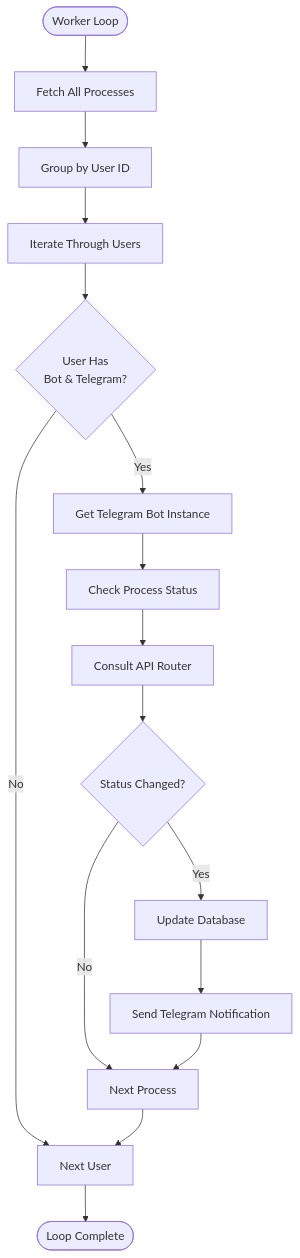
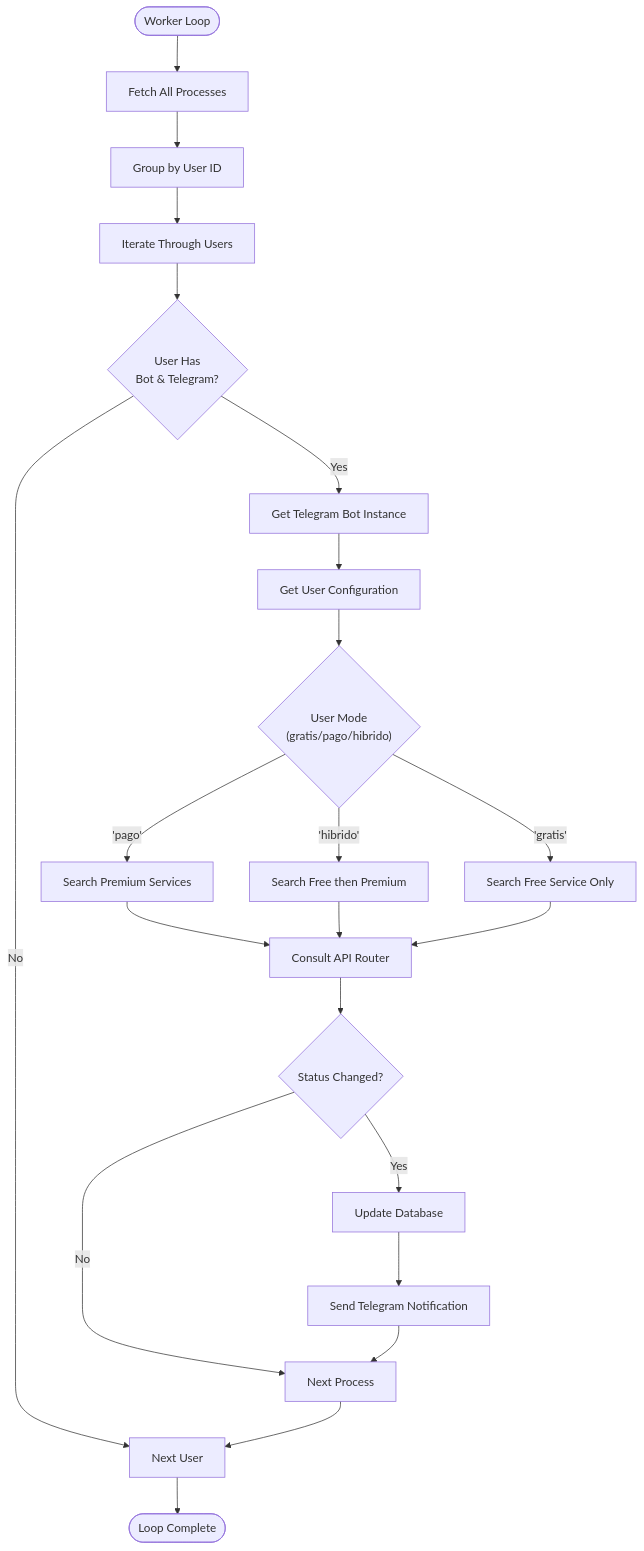
One commit to Alexandrexicara/bot-processos changed the seventh of 13 diagrams in .qoder/repowiki/en/content/API Integration Layer/API Integration Layer.md. Above: the diagram before and after it, drawn with Mermaid. The commit also changed other lines of this file and 10 other files, not shown here.

````diff
--- a/.qoder/repowiki/en/content/API Integration Layer/API Integration Layer.md
+++ b/.qoder/repowiki/en/content/API Integration Layer/API Integration Layer.md
@@ -295,18 +402,24 @@
 ```mermaid
 flowchart TD
 Start([Worker Loop]) --> FetchProcesses["Fetch All Processes"]
 FetchProcesses --> GroupByUser["Group by User ID"]
 GroupByUser --> IterateUsers["Iterate Through Users"]
 IterateUsers --> CheckUser{"User Has<br/>Bot & Telegram?"}
 CheckUser --> |No| NextUser["Next User"]
 CheckUser --> |Yes| GetBot["Get Telegram Bot Instance"]
-GetBot --> CheckProcess["Check Process Status"]
-CheckProcess --> ConsultAPI["Consult API Router"]
+GetBot --> GetUser["Get User Configuration"]
+GetUser --> CheckMode{"User Mode<br/>(gratis/pago/hibrido)"}
+CheckMode --> |'pago'| PaidSearch["Search Premium Services"]
+CheckMode --> |'hibrido'| HybridSearch["Search Free then Premium"]
+CheckMode --> |'gratis'| FreeSearch["Search Free Service Only"]
+PaidSearch --> ConsultAPI["Consult API Router"]
+HybridSearch --> ConsultAPI
+FreeSearch --> ConsultAPI
 ConsultAPI --> NewStatus{"Status Changed?"}
 NewStatus --> |Yes| UpdateDB["Update Database"]
 NewStatus --> |No| NextProcess["Next Process"]
 UpdateDB --> NotifyUser["Send Telegram Notification"]
 NotifyUser --> NextProcess
 NextProcess --> NextUser
 NextUser --> End([Loop Complete])
 ```
````
